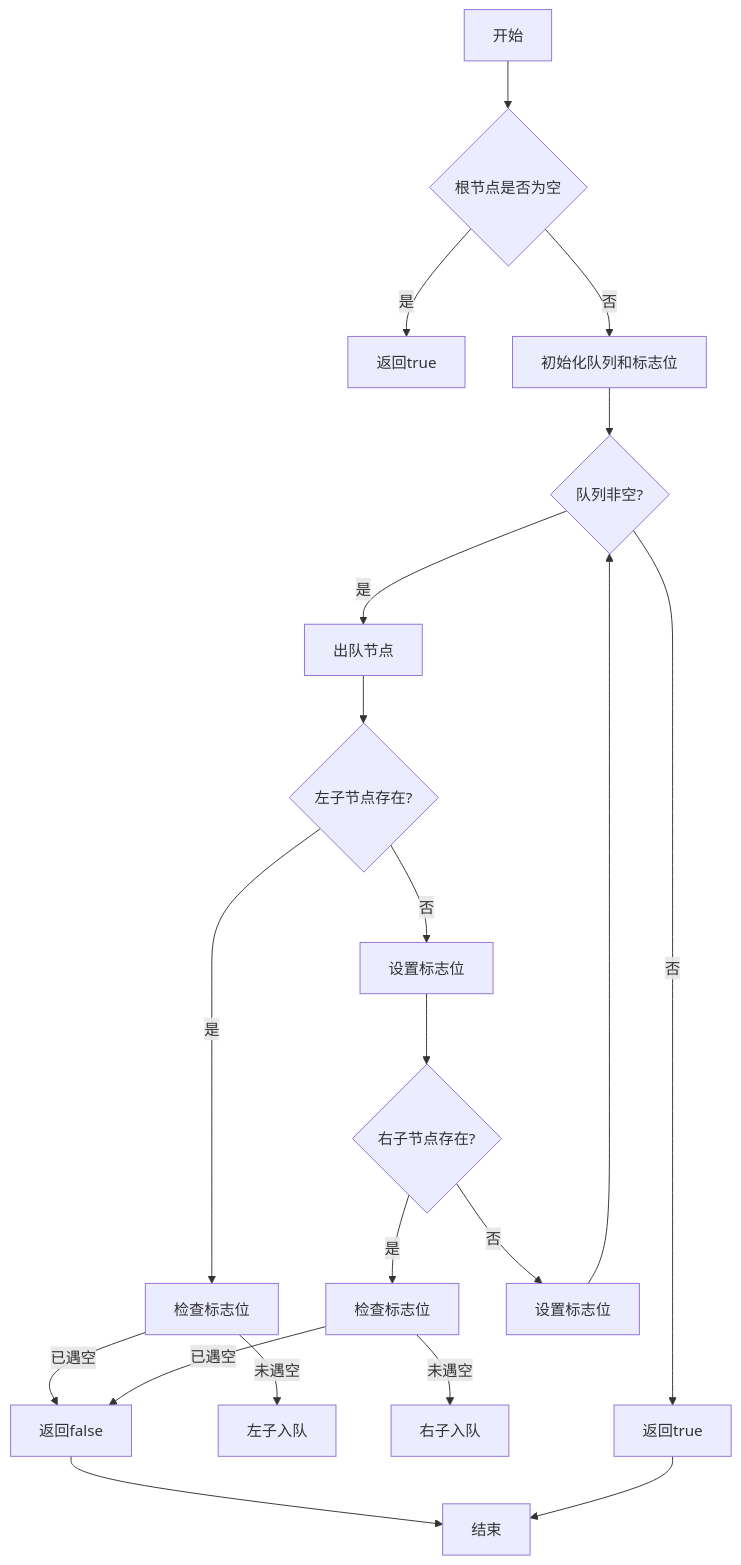
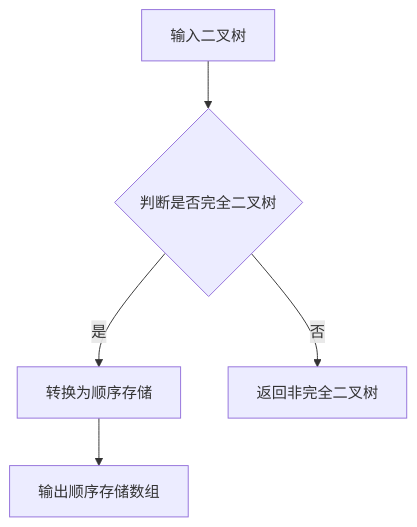
The diagram in all/未命名-10.md (YOAyes/iodraw-files), drawn with Mermaid before and after one commit.

Commit message:
2025-06-17 14:40:07 update

````diff
--- a/all/未命名-10.md
+++ b/all/未命名-10.md
@@ -1,22 +1,7 @@
 ```mermaid
 graph TD
-    A[开始] --> B{根节点是否为空}
-    B -->|是| C[返回true]
-    B -->|否| D[初始化队列和标志位]
-    D --> E{队列非空?}
-    E -->|是| F[出队节点]
-    F --> G{左子节点存在?}
-    G -->|是| H[检查标志位]
-    H -->|已遇空| I[返回false]
-    H -->|未遇空| J[左子入队]
-    G -->|否| K[设置标志位]
-    K --> L{右子节点存在?}
-    L -->|是| M[检查标志位]
-    M -->|已遇空| I
-    M -->|未遇空| N[右子入队]
-    L -->|否| O[设置标志位]
-    O --> E
-    E -->|否| P[返回true]
-    I --> Q[结束]
-    P --> Q
+    A[输入二叉树] --> B{判断是否完全二叉树}
+    B -->|是| C[转换为顺序存储]
+    B -->|否| D[返回非完全二叉树]
+    C --> E[输出顺序存储数组]
 ```
````
